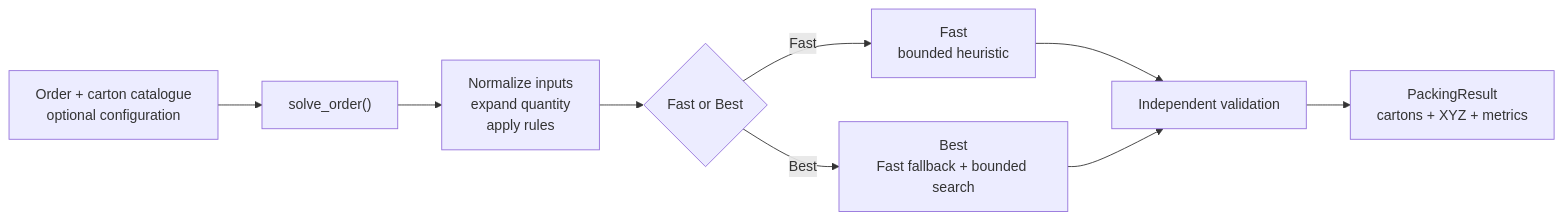
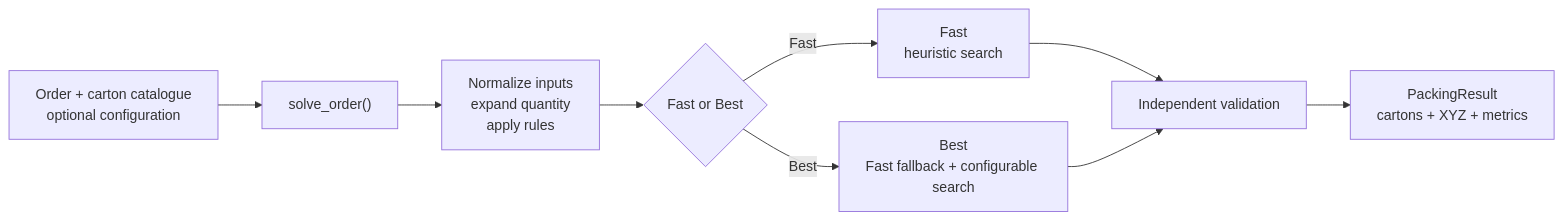
The diagram in README.md (Voycepeh/ihubsolutions-capstone-project), drawn with Mermaid before and after one commit. The commit also changed other lines of this file, not shown here.

Commit message:
Align README benchmark explanation and charts with uncapped 240-run results

````diff
--- a/README.md
+++ b/README.md
@@ -235,13 +235,13 @@
 ```mermaid
 flowchart LR
     I["Order + carton catalogue<br/>optional configuration"] --> API["solve_order()"]
     API --> N["Normalize inputs<br/>expand quantity<br/>apply rules"]
     N --> M{"Fast or Best"}
 
-    M -->|Fast| F["Fast<br/>bounded heuristic"]
-    M -->|Best| B["Best<br/>Fast fallback + bounded search"]
+    M -->|Fast| F["Fast<br/>heuristic search"]
+    M -->|Best| B["Best<br/>Fast fallback + configurable search"]
 
     F --> V["Independent validation"]
     B --> V
     V --> R["PackingResult<br/>cartons + XYZ + metrics"]
 ```
````
